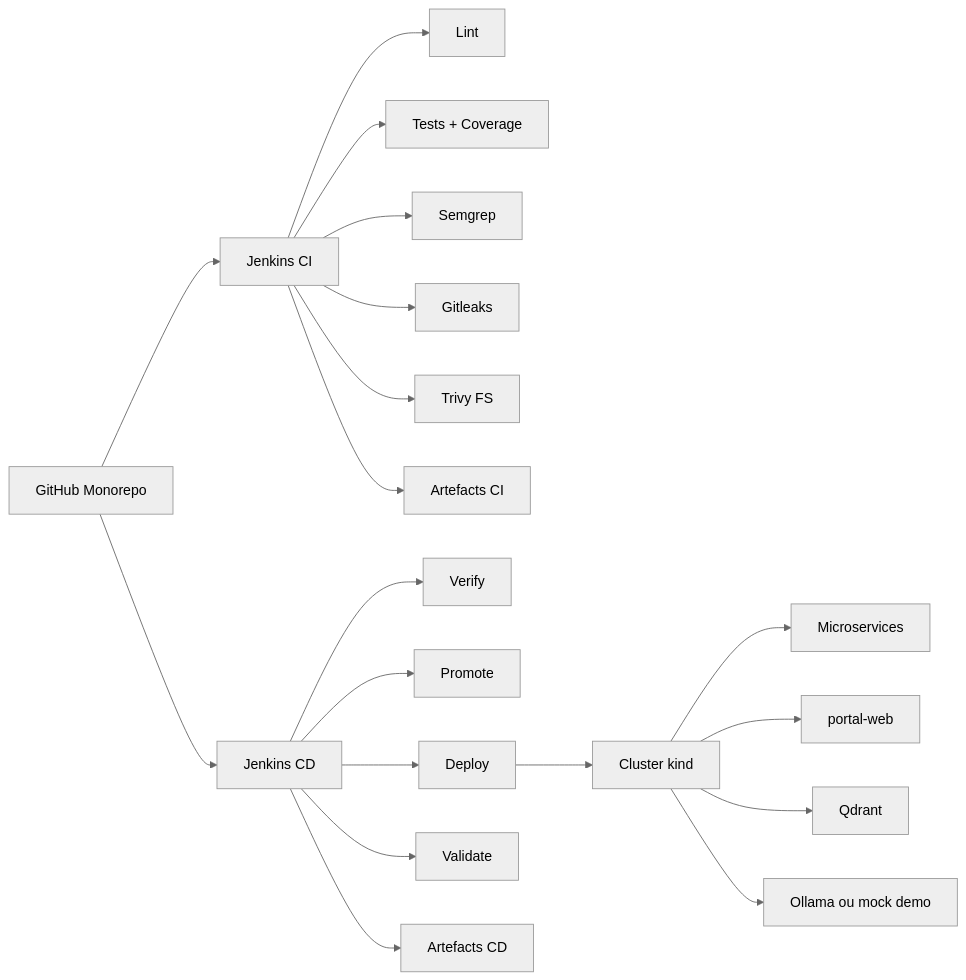
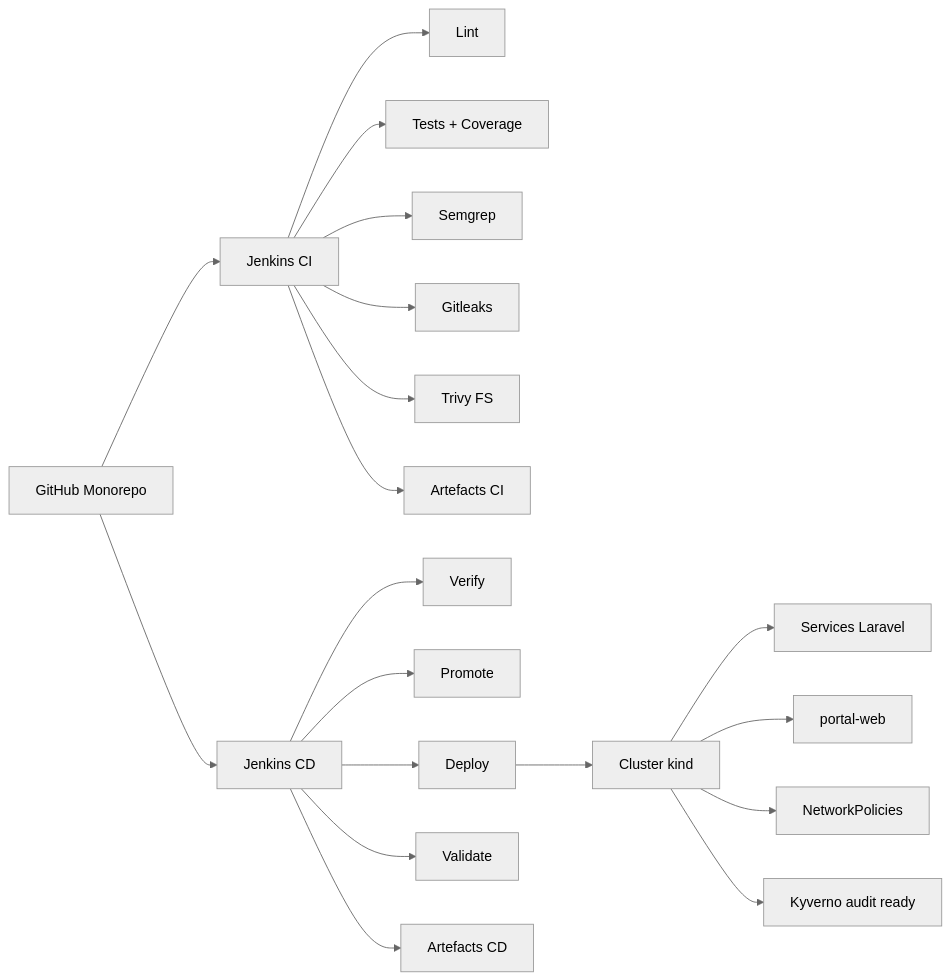
One commit to YassinoMed/MasterPFE changed the first of 12 diagrams in docs/architecture/devsecops-mermaid.md. Above: the diagram before and after it, drawn with Mermaid (neutral theme). The commit also changed other lines of this file and 144 other files, not shown here.

````diff
--- a/docs/architecture/devsecops-mermaid.md
+++ b/docs/architecture/devsecops-mermaid.md
@@ -7,24 +7,24 @@
 ```mermaid
 flowchart LR
   A["GitHub Monorepo"] --> B["Jenkins CI"]
   A --> C["Jenkins CD"]
 
   B --> B1["Lint"]
   B --> B2["Tests + Coverage"]
   B --> B3["Semgrep"]
   B --> B4["Gitleaks"]
   B --> B5["Trivy FS"]
   B --> B6["Artefacts CI"]
 
   C --> C1["Verify"]
   C --> C2["Promote"]
   C --> C3["Deploy"]
   C --> C4["Validate"]
   C --> C5["Artefacts CD"]
 
   C3 --> D["Cluster kind"]
-  D --> D1["Microservices"]
+  D --> D1["Services Laravel"]
   D --> D2["portal-web"]
-  D --> D3["Qdrant"]
-  D --> D4["Ollama ou mock demo"]
+  D --> D3["NetworkPolicies"]
+  D --> D4["Kyverno audit ready"]
 ```
````
